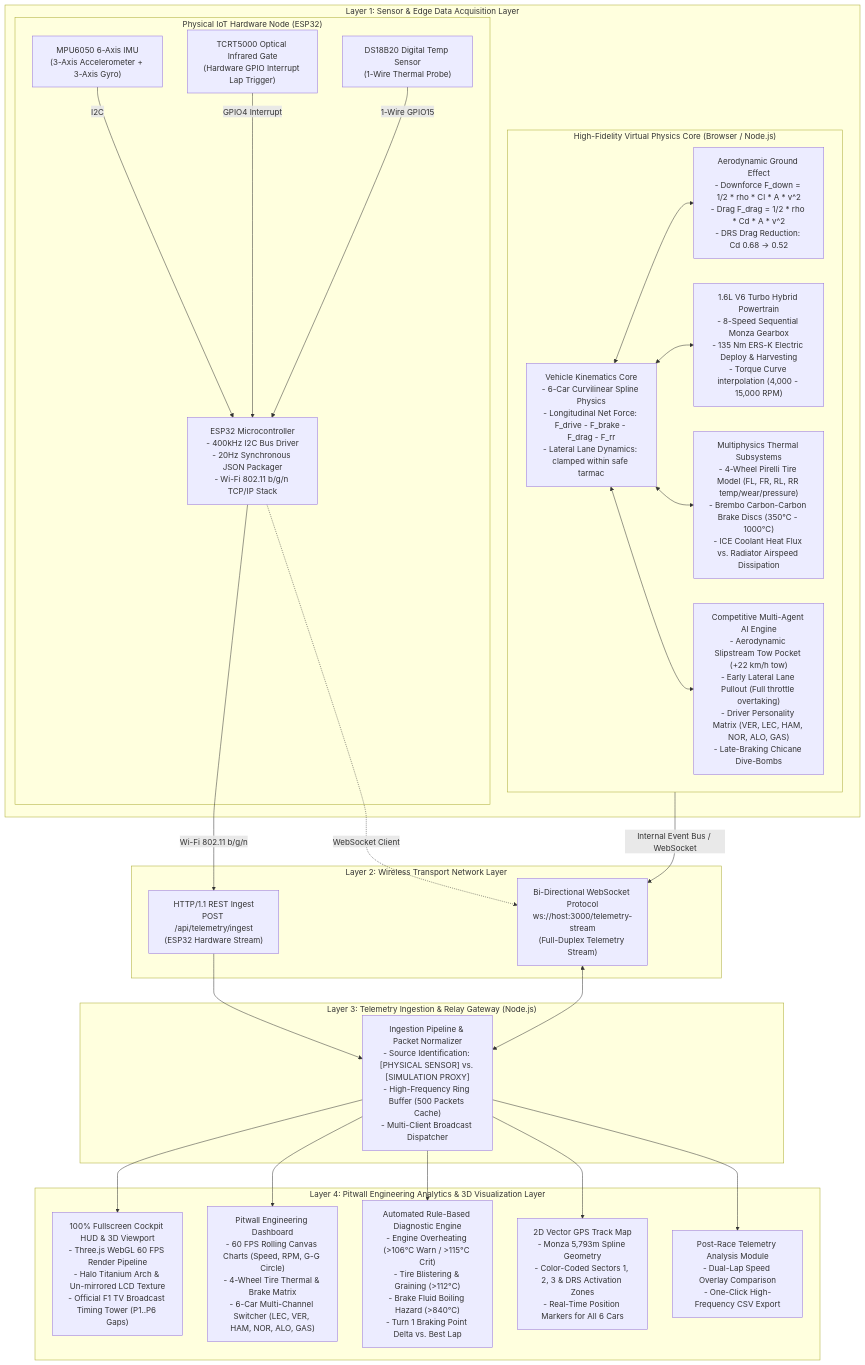
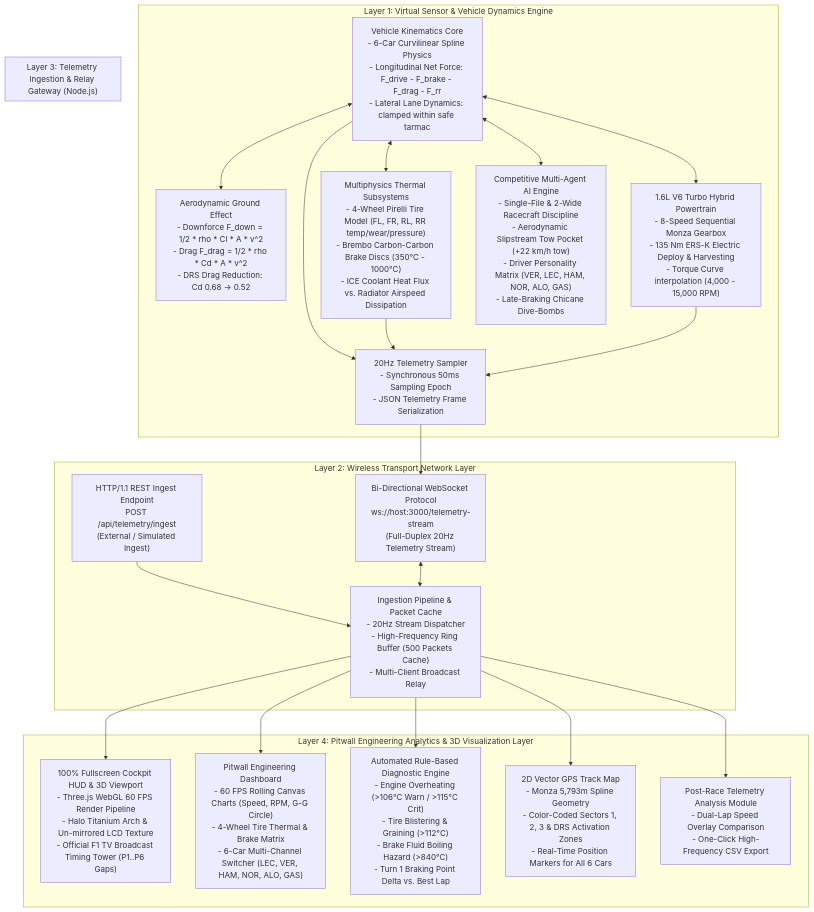
The diagram in docs/ARCHITECTURE.md (chandan-bk/f1-monza-iot-sim), drawn with Mermaid before and after one commit. The commit also changed other lines of this file and 19 other files, not shown here.

Commit message:
refactor: remove misleading ESP32 hardware claims and establish 100% software simulation IoT telemetry architecture

````diff
--- a/docs/ARCHITECTURE.md
+++ b/docs/ARCHITECTURE.md
@@ -21,54 +20,45 @@
 ```mermaid
 flowchart TD
-    subgraph Layer1 ["Layer 1: Sensor & Edge Data Acquisition Layer"]
-        subgraph PhysicalEdge ["Physical IoT Hardware Node (ESP32)"]
-            IMU["MPU6050 6-Axis IMU<br/>(3-Axis Accelerometer + 3-Axis Gyro)"]
-            OPT["TCRT5000 Optical Infrared Gate<br/>(Hardware GPIO Interrupt Lap Trigger)"]
-            TEMP["DS18B20 Digital Temp Sensor<br/>(1-Wire Thermal Probe)"]
-            ESP["ESP32 Microcontroller<br/>- 400kHz I2C Bus Driver<br/>- 20Hz Synchronous JSON Packager<br/>- Wi-Fi 802.11 b/g/n TCP/IP Stack"]
-            IMU -->|I2C| ESP
-            OPT -->|GPIO4 Interrupt| ESP
-            TEMP -->|1-Wire GPIO15| ESP
-        end
-        
-        subgraph VirtualEdge ["High-Fidelity Virtual Physics Core (Browser / Node.js)"]
-            KINE["Vehicle Kinematics Core<br/>- 6-Car Curvilinear Spline Physics<br/>- Longitudinal Net Force: F_drive - F_brake - F_drag - F_rr<br/>- Lateral Lane Dynamics: clamped within safe tarmac"]
-            AERO["Aerodynamic Ground Effect<br/>- Downforce F_down = 1/2 * rho * Cl * A * v^2<br/>- Drag F_drag = 1/2 * rho * Cd * A * v^2<br/>- DRS Drag Reduction: Cd 0.68 -> 0.52"]
-            POWER["1.6L V6 Turbo Hybrid Powertrain<br/>- 8-Speed Sequential Monza Gearbox<br/>- 135 Nm ERS-K Electric Deploy & Harvesting<br/>- Torque Curve interpolation (4,000 - 15,000 RPM)"]
-            THERMO["Multiphysics Thermal Subsystems<br/>- 4-Wheel Pirelli Tire Model (FL, FR, RL, RR temp/wear/pressure)<br/>- Brembo Carbon-Carbon Brake Discs (350°C - 1000°C)<br/>- ICE Coolant Heat Flux vs. Radiator Airspeed Dissipation"]
-            AI["Competitive Multi-Agent AI Engine<br/>- Aerodynamic Slipstream Tow Pocket (+22 km/h tow)<br/>- Early Lateral Lane Pullout (Full throttle overtaking)<br/>- Driver Personality Matrix (VER, LEC, HAM, NOR, ALO, GAS)<br/>- Late-Braking Chicane Dive-Bombs"]
-            KINE <--> AERO
-            KINE <--> POWER
-            KINE <--> THERMO
-            KINE <--> AI
-        end
+    subgraph Layer1 ["Layer 1: Virtual Sensor & Vehicle Dynamics Engine"]
+        KINE["Vehicle Kinematics Core<br/>- 6-Car Curvilinear Spline Physics<br/>- Longitudinal Net Force: F_drive - F_brake - F_drag - F_rr<br/>- Lateral Lane Dynamics: clamped within safe tarmac"]
+        AERO["Aerodynamic Ground Effect<br/>- Downforce F_down = 1/2 * rho * Cl * A * v^2<br/>- Drag F_drag = 1/2 * rho * Cd * A * v^2<br/>- DRS Drag Reduction: Cd 0.68 -> 0.52"]
+        POWER["1.6L V6 Turbo Hybrid Powertrain<br/>- 8-Speed Sequential Monza Gearbox<br/>- 135 Nm ERS-K Electric Deploy & Harvesting<br/>- Torque Curve interpolation (4,000 - 15,000 RPM)"]
+        THERMO["Multiphysics Thermal Subsystems<br/>- 4-Wheel Pirelli Tire Model (FL, FR, RL, RR temp/wear/pressure)<br/>- Brembo Carbon-Carbon Brake Discs (350°C - 1000°C)<br/>- ICE Coolant Heat Flux vs. Radiator Airspeed Dissipation"]
+        AI["Competitive Multi-Agent AI Engine<br/>- Single-File & 2-Wide Racecraft Discipline<br/>- Aerodynamic Slipstream Tow Pocket (+22 km/h tow)<br/>- Driver Personality Matrix (VER, LEC, HAM, NOR, ALO, GAS)<br/>- Late-Braking Chicane Dive-Bombs"]
+        SAMPLER["20Hz Telemetry Sampler<br/>- Synchronous 50ms Sampling Epoch<br/>- JSON Telemetry Frame Serialization"]
+
+        KINE <--> AERO
+        KINE <--> POWER
+        KINE <--> THERMO
+        KINE <--> AI
+        KINE --> SAMPLER
+        THERMO --> SAMPLER
+        POWER --> SAMPLER
     end
 
     subgraph Layer2 ["Layer 2: Wireless Transport Network Layer"]
-        REST_HTTP["HTTP/1.1 REST Ingest<br/>POST /api/telemetry/ingest<br/>(ESP32 Hardware Stream)"]
-        WS_STREAM["Bi-Directional WebSocket Protocol<br/>ws://host:3000/telemetry-stream<br/>(Full-Duplex Telemetry Stream)"]
-        ESP -->|Wi-Fi 802.11 b/g/n| REST_HTTP
-        ESP -.->|WebSocket Client| WS_STREAM
-        VirtualEdge -->|Internal Event Bus / WebSocket| WS_STREAM
+        REST_HTTP["HTTP/1.1 REST Ingest Endpoint<br/>POST /api/telemetry/ingest<br/>(External / Simulated Ingest)"]
+        WS_STREAM["Bi-Directional WebSocket Protocol<br/>ws://host:3000/telemetry-stream<br/>(Full-Duplex 20Hz Telemetry Stream)"]
+        SAMPLER --> WS_STREAM
+        REST_HTTP --> INGEST
+        WS_STREAM <--> INGEST
     end
 
     subgraph Layer3 ["Layer 3: Telemetry Ingestion & Relay Gateway (Node.js)"]
-        INGEST["Ingestion Pipeline & Packet Normalizer<br/>- Source Identification: [PHYSICAL SENSOR] vs. [SIMULATION PROXY]<br/>- High-Frequency Ring Buffer (500 Packets Cache)<br/>- Multi-Client Broadcast Dispatcher"]
-        REST_HTTP --> INGEST
-        WS_STREAM <--> INGEST
+        INGEST["Ingestion Pipeline & Packet Cache<br/>- 20Hz Stream Dispatcher<br/>- High-Frequency Ring Buffer (500 Packets Cache)<br/>- Multi-Client Broadcast Relay"]
     end
 
     subgraph Layer4 ["Layer 4: Pitwall Engineering Analytics & 3D Visualization Layer"]
         HUD["100% Fullscreen Cockpit HUD & 3D Viewport<br/>- Three.js WebGL 60 FPS Render Pipeline<br/>- Halo Titanium Arch & Un-mirrored LCD Texture<br/>- Official F1 TV Broadcast Timing Tower (P1..P6 Gaps)"]
         DASH["Pitwall Engineering Dashboard<br/>- 60 FPS Rolling Canvas Charts (Speed, RPM, G-G Circle)<br/>- 4-Wheel Tire Thermal & Brake Matrix<br/>- 6-Car Multi-Channel Switcher (LEC, VER, HAM, NOR, ALO, GAS)"]
         RULES["Automated Rule-Based Diagnostic Engine<br/>- Engine Overheating (>106°C Warn / >115°C Crit)<br/>- Tire Blistering & Graining (>112°C)<br/>- Brake Fluid Boiling Hazard (>840°C)<br/>- Turn 1 Braking Point Delta vs. Best Lap"]
         RADAR["2D Vector GPS Track Map<br/>- Monza 5,793m Spline Geometry<br/>- Color-Coded Sectors 1, 2, 3 & DRS Activation Zones<br/>- Real-Time Position Markers for All 6 Cars"]
         POST["Post-Race Telemetry Analysis Module<br/>- Dual-Lap Speed Overlay Comparison<br/>- One-Click High-Frequency CSV Export"]
         
         INGEST --> HUD
         INGEST --> DASH
         INGEST --> RULES
         INGEST --> RADAR
         INGEST --> POST
     end
 ```
````
